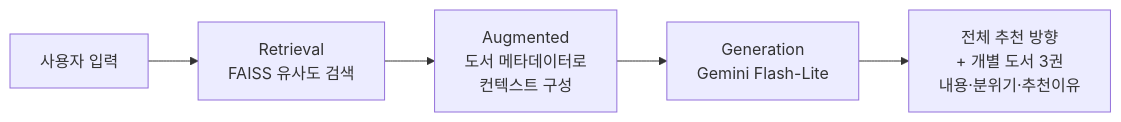
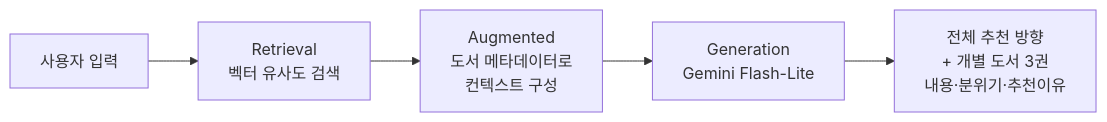
Before and after one commit to pssjun/korean-book-recommender: the second of 3 diagrams in README.md, drawn with Mermaid. The commit also changed other lines of this file, not shown here.

````diff
--- a/README.md
+++ b/README.md
@@ -473,7 +500,7 @@
 ```mermaid
 flowchart LR
-    Q["사용자 입력"] --> R["Retrieval<br/>FAISS 유사도 검색"]
+    Q["사용자 입력"] --> R["Retrieval<br/>벡터 유사도 검색"]
     R --> A["Augmented<br/>도서 메타데이터로<br/>컨텍스트 구성"]
     A --> G["Generation<br/>Gemini Flash-Lite"]
     G --> O["전체 추천 방향<br/>+ 개별 도서 3권<br/>내용·분위기·추천이유"]
 ```
````
